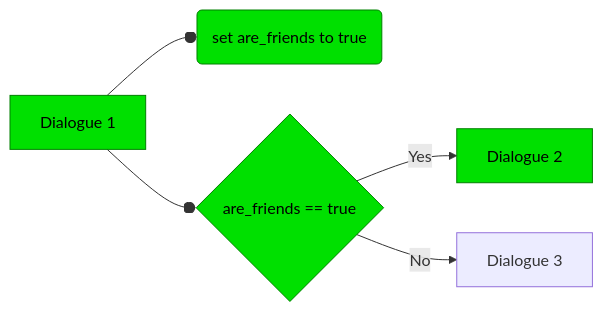
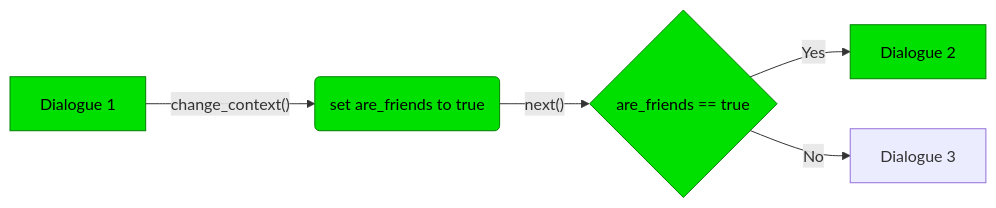
One commit to coreapostrophe/fabulist changed the fifth of 5 diagrams in README.md. Above: the diagram before and after it, drawn with Mermaid.

````diff
--- a/README.md
+++ b/README.md
@@ -92,17 +92,17 @@
 ```mermaid
 flowchart LR
-    dialogue_1[Dialogue 1] --o dialogue_1_on_next
+    dialogue_1[Dialogue 1] -->|"change_context()"| dialogue_1_on_change
     style dialogue_1 fill:#00E000,stroke:#008000,color:black
 
-    dialogue_1_on_next("set are_friends to true")
-    style dialogue_1_on_next fill:#00E000,stroke:#008000,color:black
-    dialogue_1 --o dialogue_1_on_change
-
-    dialogue_1_on_change{"are_friends == true"} -->|Yes| dialogue_2
-    dialogue_1_on_change -->|No| dialogue_3
+    dialogue_1_on_change("set are_friends to true")
+    dialogue_1_on_change -->|"next()"| dialogue_1_on_next
     style dialogue_1_on_change fill:#00E000,stroke:#008000,color:black
 
+    dialogue_1_on_next{"are_friends == true"} -->|Yes| dialogue_2
+    dialogue_1_on_next -->|No| dialogue_3
+    style dialogue_1_on_next fill:#00E000,stroke:#008000,color:black
+
     dialogue_2[Dialogue 2]
+    dialogue_3[Dialogue 3]
     style dialogue_2 fill:#00E000,stroke:#008000,color:black
-    dialogue_3[Dialogue 3]
 ```
````
